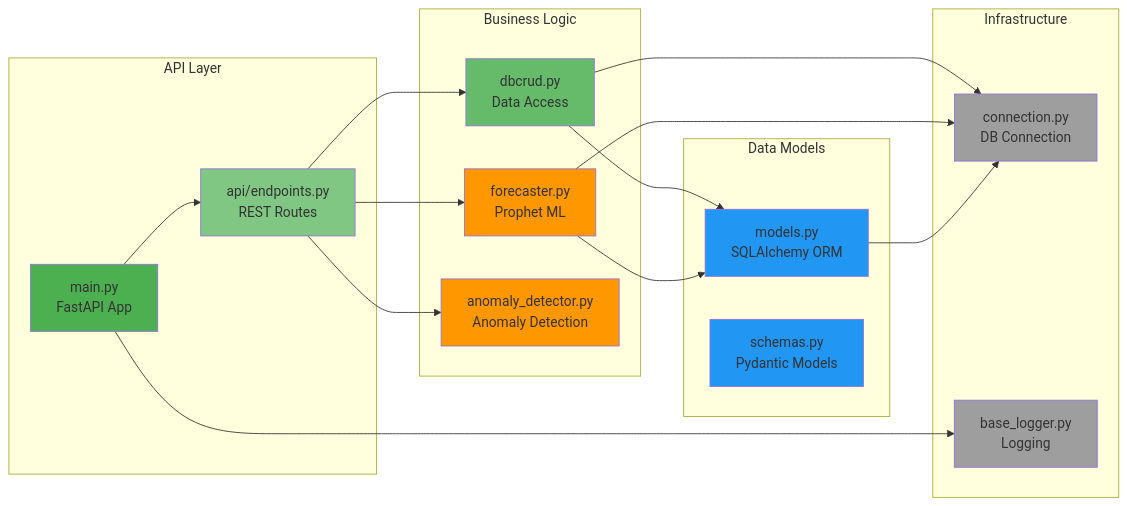
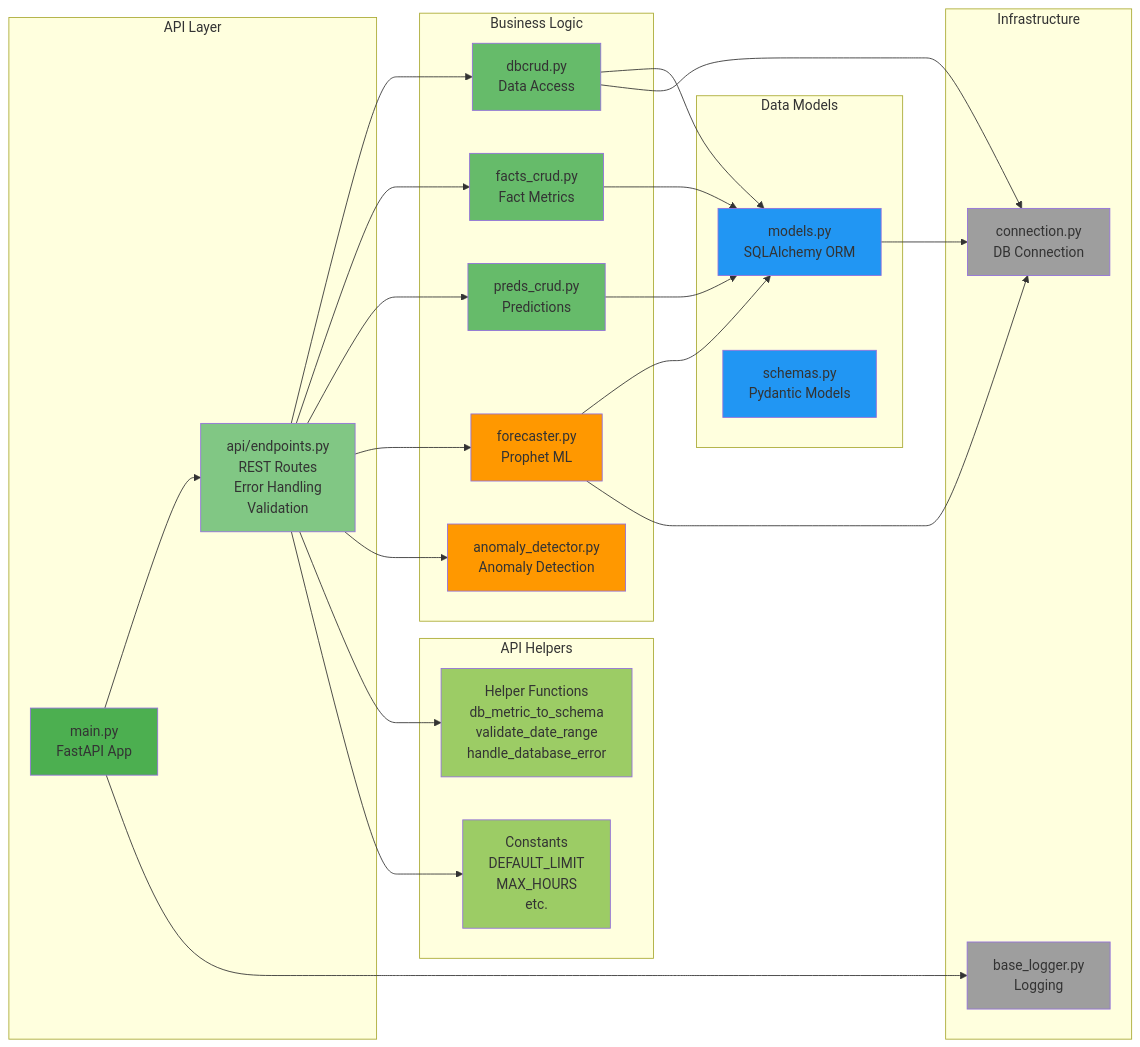
The second of 16 diagrams in docs/ARCHITECTURE.md (sweetd0vee/dashboard), drawn with Mermaid before and after one commit. The commit also changed other lines of this file, not shown here.

Commit message:
added architecture

````diff
--- a/docs/ARCHITECTURE.md
+++ b/docs/ARCHITECTURE.md
@@ -89,44 +103,61 @@
 ```mermaid
 graph LR
     subgraph "API Layer"
         Main[main.py<br/>FastAPI App]
-        Router[api/endpoints.py<br/>REST Routes]
+        Router[api/endpoints.py<br/>REST Routes<br/>Error Handling<br/>Validation]
     end
     
     subgraph "Business Logic"
         CRUD[dbcrud.py<br/>Data Access]
+        FactsCRUD[facts_crud.py<br/>Fact Metrics]
+        PredsCRUD[preds_crud.py<br/>Predictions]
         Forecaster[forecaster.py<br/>Prophet ML]
         Anomaly[anomaly_detector.py<br/>Anomaly Detection]
     end
     
     subgraph "Data Models"
         Models[models.py<br/>SQLAlchemy ORM]
         Schemas[schemas.py<br/>Pydantic Models]
     end
     
     subgraph "Infrastructure"
         Conn[connection.py<br/>DB Connection]
         Logger[base_logger.py<br/>Logging]
     end
     
+    subgraph "API Helpers"
+        Helpers[Helper Functions<br/>db_metric_to_schema<br/>validate_date_range<br/>handle_database_error]
+        Constants[Constants<br/>DEFAULT_LIMIT<br/>MAX_HOURS<br/>etc.]
+    end
+    
     Main --> Router
     Router --> CRUD
+    Router --> FactsCRUD
+    Router --> PredsCRUD
     Router --> Forecaster
     Router --> Anomaly
+    Router --> Helpers
+    Router --> Constants
     CRUD --> Models
+    FactsCRUD --> Models
+    PredsCRUD --> Models
     CRUD --> Conn
     Forecaster --> Models
     Forecaster --> Conn
     Models --> Conn
     Main --> Logger
     
     style Main fill:#4caf50
     style Router fill:#81c784
     style CRUD fill:#66bb6a
+    style FactsCRUD fill:#66bb6a
+    style PredsCRUD fill:#66bb6a
     style Forecaster fill:#ff9800
     style Anomaly fill:#ff9800
     style Models fill:#2196f3
     style Schemas fill:#2196f3
     style Conn fill:#9e9e9e
     style Logger fill:#9e9e9e
+    style Helpers fill:#9ccc65
+    style Constants fill:#9ccc65
 ```
````
